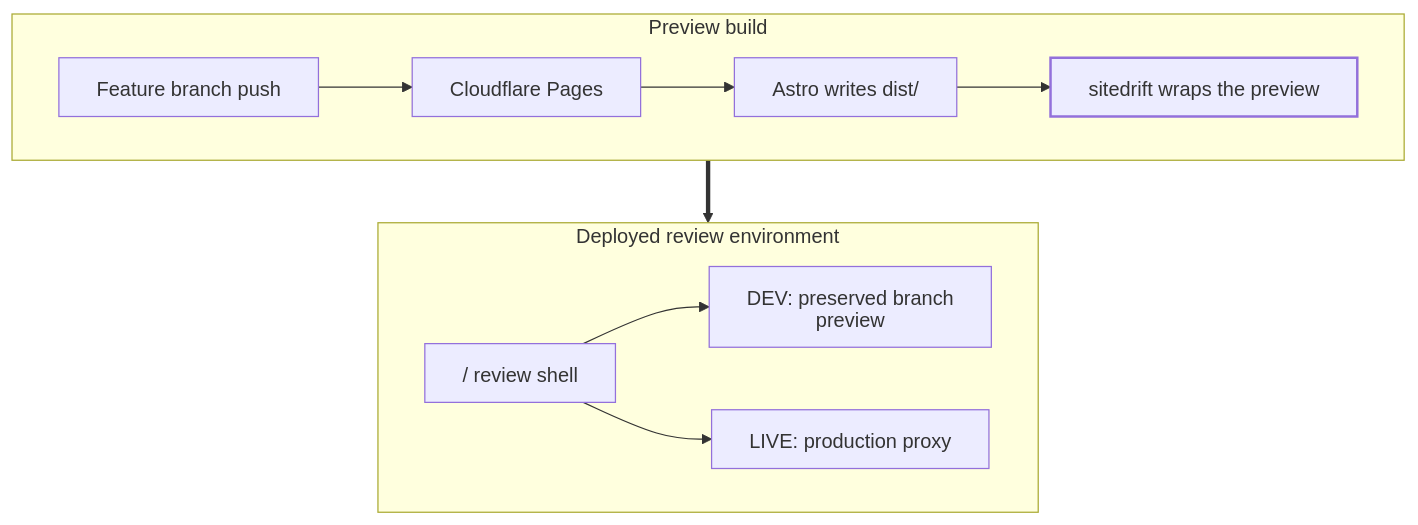
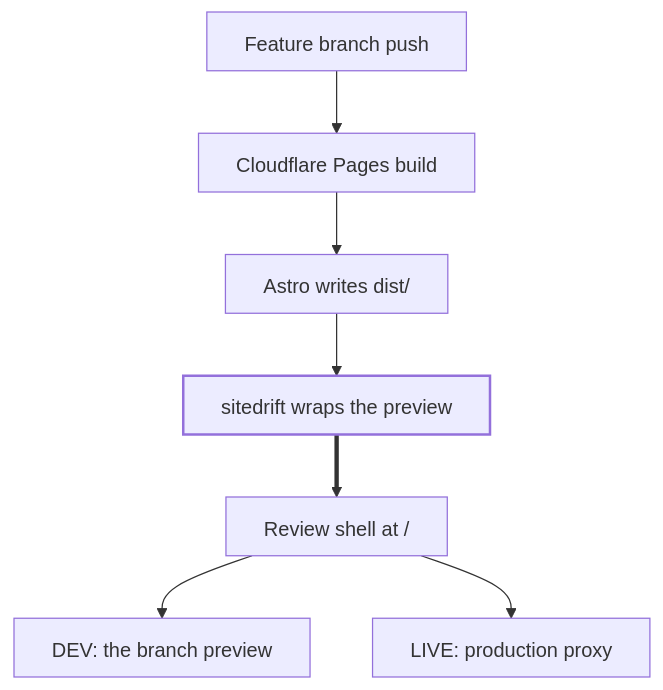
One commit to joeseverino/jseverino.com changed the diagram in docs/diagrams/preview-build-flow.mmd. Above: the diagram before and after it, drawn with Mermaid. The commit also changed 258 other files, not shown here.

First line of the commit message:
feat: declare the zone and repo settings as code, publish a dist branch, and clean up (#120)

```diff
--- a/docs/diagrams/preview-build-flow.mmd
+++ b/docs/diagrams/preview-build-flow.mmd
@@ -1,21 +1,11 @@
 %%{init: { "htmlLabels": false } }%%
 flowchart TB
-    subgraph Build["Preview build"]
-        direction LR
-        Push["Feature branch push"] --> CF["Cloudflare Pages"]
-        CF --> Astro["Astro writes dist/"]
-        Astro --> Wrap["sitedrift wraps the preview"]
-    end
+    Push["Feature branch push"] --> CF["Cloudflare Pages build"]
+    CF --> Astro["Astro writes dist/"]
+    Astro --> Wrap["sitedrift wraps the preview"]
+    Wrap ==> Shell["Review shell at /"]
+    Shell --> Dev["DEV: the branch preview"]
+    Shell --> Live["LIVE: production proxy"]
 
-    subgraph Review["Deployed review environment"]
-        direction LR
-        Shell["/ review shell"]
-        Shell --> Dev["DEV: preserved branch preview"]
-        Shell --> Live["LIVE: production proxy"]
-    end
-
-    Wrap ==> Shell
-
-    %% the transform pivot, styled by .anchor in the shared theme
     classDef anchor stroke-width:2px;
     class Wrap anchor;
```
